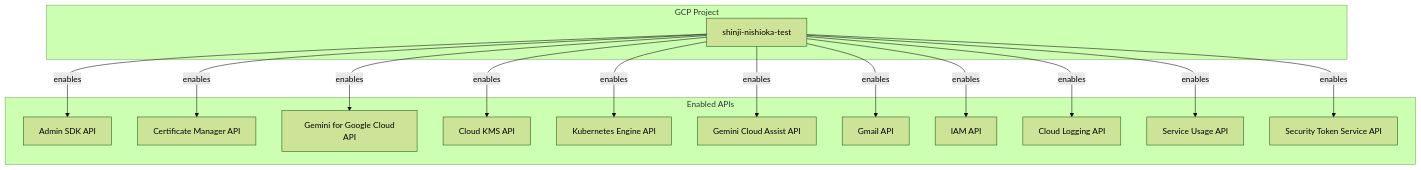
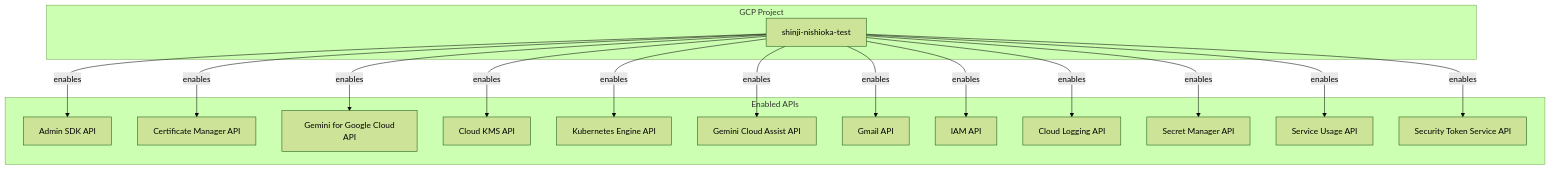
One commit to nishioka-shinji/my_infra changed the diagram in docs/terraform/gcp/01-api.md. Above: the diagram before and after it, drawn with Mermaid (forest theme). The commit also changed other lines of this file and 1 other file, not shown here.

Commit message:
feat: enable Secret Manager API
Enable `secretmanager.googleapis.com` in `terraform/gcp/01-api/api.tf` and update documentation.

````diff
--- a/docs/terraform/gcp/01-api.md
+++ b/docs/terraform/gcp/01-api.md
@@ -8,32 +8,34 @@
 ```mermaid
 graph TD
     subgraph "GCP Project"
         GCP[<fa:fa-cloud> shinji-nishioka-test]
     end
 
     subgraph "Enabled APIs"
         AdminSDK["<fa:fa-cogs> Admin SDK API"]
         CertificateManager["<fa:fa-cogs> Certificate Manager API"]
         GeminiForGoogleCloud["<fa:fa-cogs> Gemini for Google Cloud API"]
         CloudKMS["<fa:fa-cogs> Cloud KMS API"]
         KubernetesEngine["<fa:fa-cogs> Kubernetes Engine API"]
         GeminiCloudAssist["<fa:fa-cogs> Gemini Cloud Assist API"]
         Gmail["<fa:fa-cogs> Gmail API"]
         IAM["<fa:fa-cogs> IAM API"]
         CloudLogging["<fa:fa-cogs> Cloud Logging API"]
+        SecretManager["<fa:fa-cogs> Secret Manager API"]
         ServiceUsage["<fa:fa-cogs> Service Usage API"]
         SecurityTokenService["<fa:fa-cogs> Security Token Service API"]
     end
 
     GCP -- "enables" --> AdminSDK
     GCP -- "enables" --> CertificateManager
     GCP -- "enables" --> GeminiForGoogleCloud
     GCP -- "enables" --> CloudKMS
     GCP -- "enables" --> KubernetesEngine
     GCP -- "enables" --> GeminiCloudAssist
     GCP -- "enables" --> Gmail
     GCP -- "enables" --> IAM
     GCP -- "enables" --> CloudLogging
+    GCP -- "enables" --> SecretManager
     GCP -- "enables" --> ServiceUsage
     GCP -- "enables" --> SecurityTokenService
 ```
````
